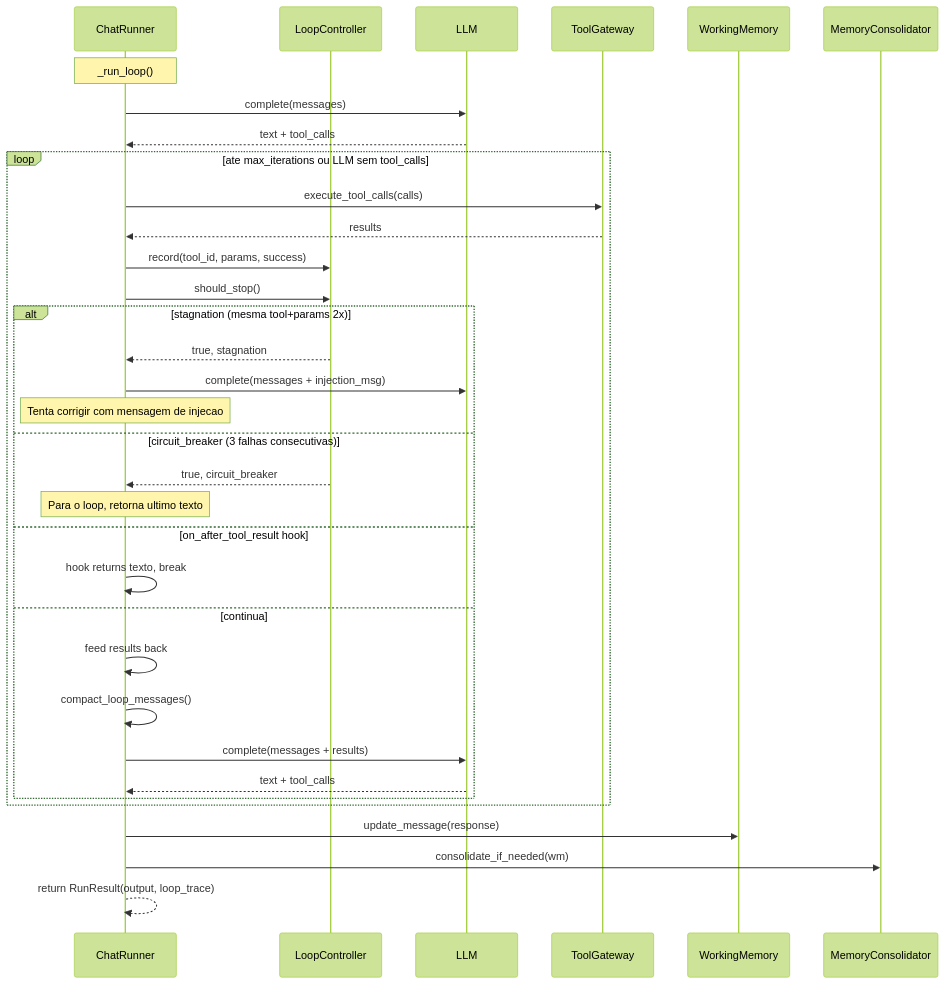
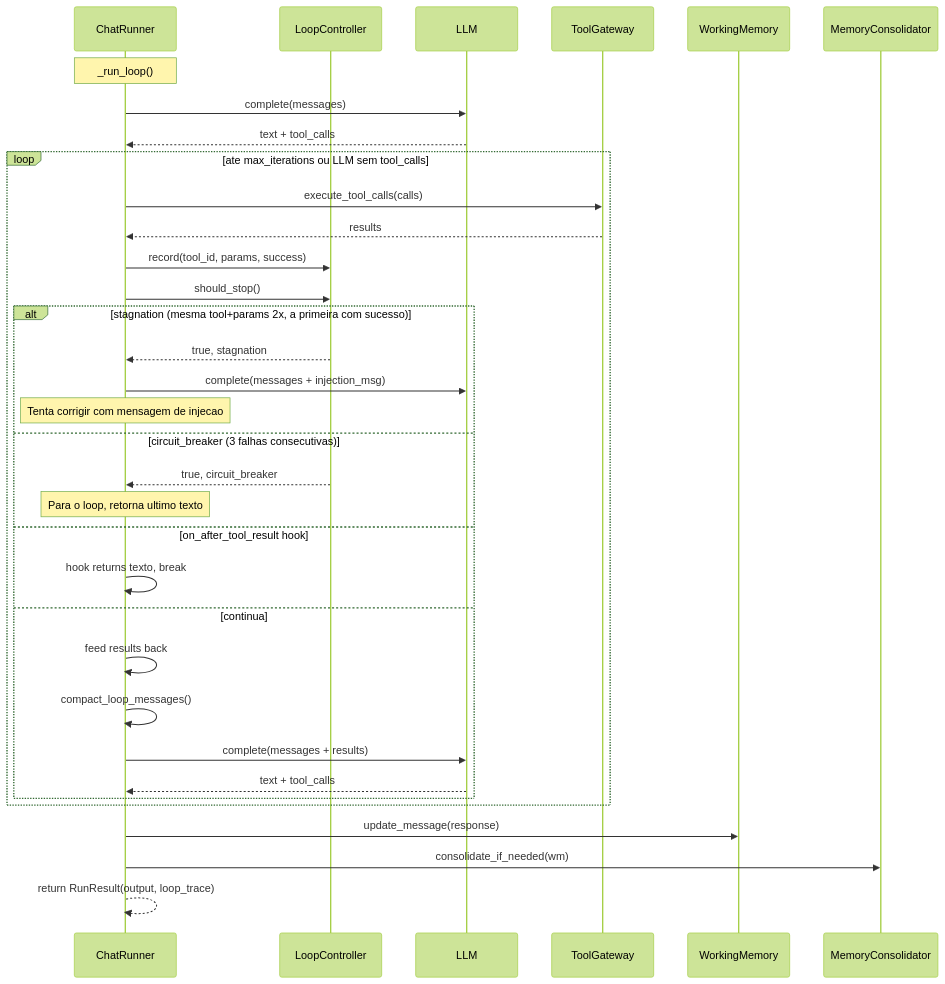
The second of 5 diagrams in docs/arch-02-execution.md (symlabs-ai/symbiote), drawn with Mermaid (forest theme) before and after one commit. The commit also changed 3 other files, not shown here.

````diff
--- a/docs/arch-02-execution.md
+++ b/docs/arch-02-execution.md
@@ -59,41 +59,41 @@
 ```mermaid
 sequenceDiagram
     participant CR as ChatRunner
     participant LC as LoopController
     participant LLM
     participant TG as ToolGateway
     participant WM as WorkingMemory
     participant MC as MemoryConsolidator
 
     Note over CR: _run_loop()
     CR->>LLM: complete(messages)
     LLM-->>CR: text + tool_calls
 
     loop ate max_iterations ou LLM sem tool_calls
         CR->>TG: execute_tool_calls(calls)
         TG-->>CR: results
 
         CR->>LC: record(tool_id, params, success)
         CR->>LC: should_stop()
 
-        alt stagnation (mesma tool+params 2x)
+        alt stagnation (mesma tool+params 2x, a primeira com sucesso)
             LC-->>CR: true, stagnation
             CR->>LLM: complete(messages + injection_msg)
             Note over CR: Tenta corrigir com mensagem de injecao
         else circuit_breaker (3 falhas consecutivas)
             LC-->>CR: true, circuit_breaker
             Note over CR: Para o loop, retorna ultimo texto
         else on_after_tool_result hook
             CR->>CR: hook returns texto, break
         else continua
             CR->>CR: feed results back
             CR->>CR: compact_loop_messages()
             CR->>LLM: complete(messages + results)
             LLM-->>CR: text + tool_calls
         end
     end
 
     CR->>WM: update_message(response)
     CR->>MC: consolidate_if_needed(wm)
     CR-->>CR: return RunResult(output, loop_trace)
 ```
````
